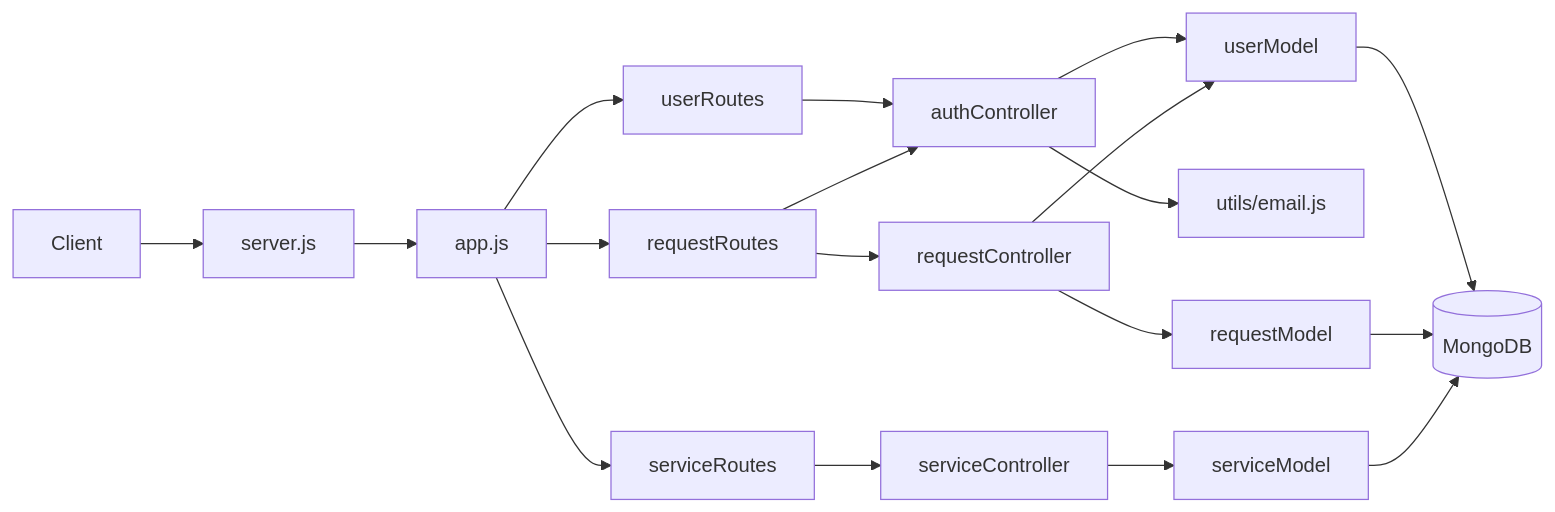
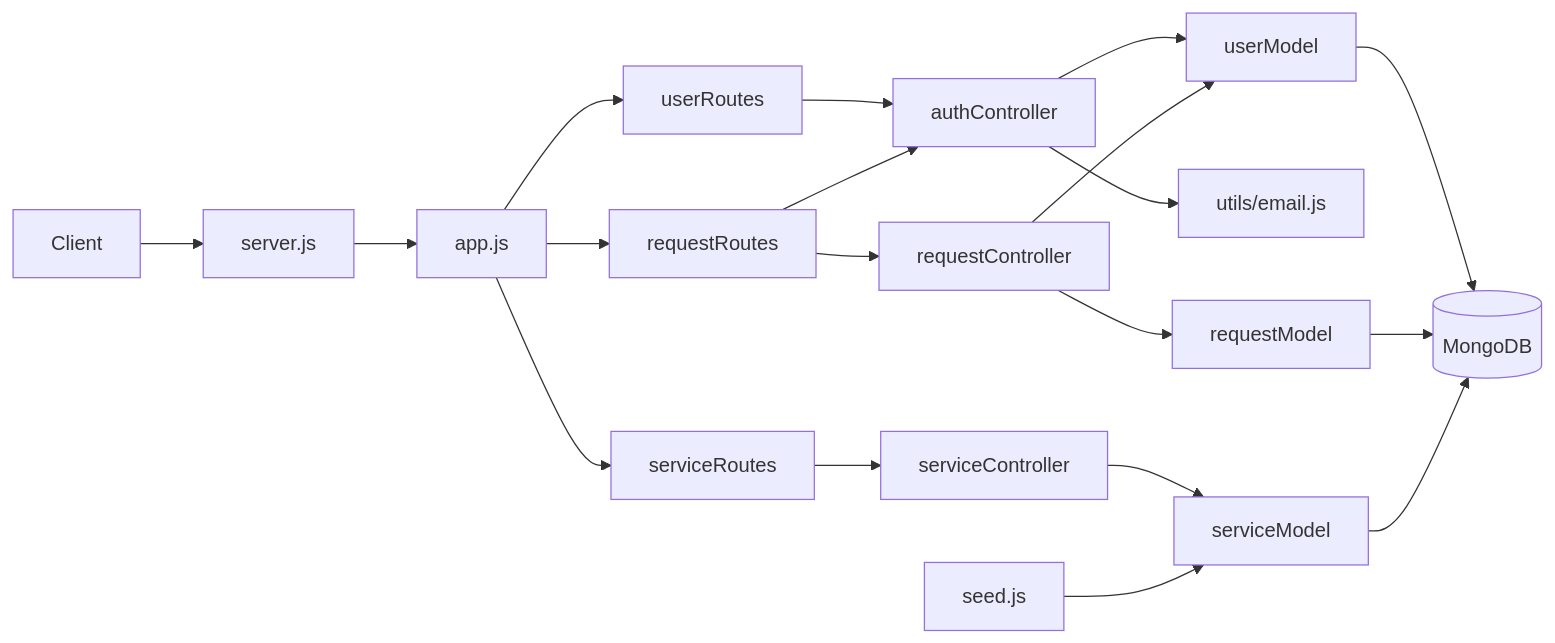
Before and after one commit to mohamedmadyan56/San3a-Fullstack: the first of 15 diagrams in san3a-project/backend/SAN3A_BACKEND_DOCUMENTATION.md, drawn with Mermaid. The commit also changed other lines of this file, not shown here.

````diff
--- a/san3a-project/backend/SAN3A_BACKEND_DOCUMENTATION.md
+++ b/san3a-project/backend/SAN3A_BACKEND_DOCUMENTATION.md
@@ -158,20 +165,21 @@
 ```mermaid
 flowchart LR
     Client --> server.js
     server.js --> app.js
     app.js --> userRoutes
     app.js --> serviceRoutes
     app.js --> requestRoutes
     userRoutes --> authController
     serviceRoutes --> serviceController
     requestRoutes --> authController
     requestRoutes --> requestController
     authController --> userModel
     authController --> emailUtil["utils/email.js"]
     requestController --> requestModel
     requestController --> userModel
     serviceController --> serviceModel
+    seed.js --> serviceModel
     userModel --> MongoDB[(MongoDB)]
     requestModel --> MongoDB
     serviceModel --> MongoDB
 ```
````
